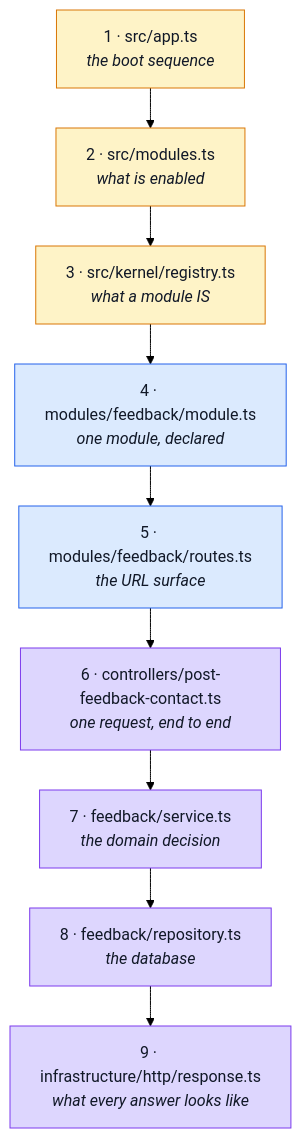
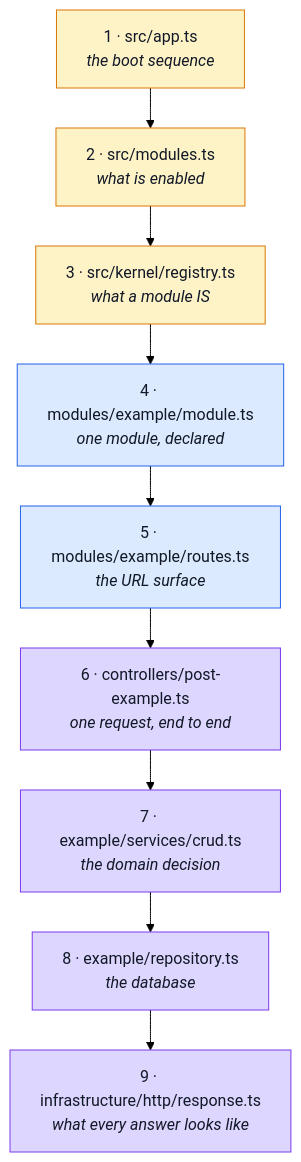
Before and after one commit to Guebbit/boilerplate-node-backend: the diagram in docs/theory/reading-path.md, drawn with Mermaid (forest theme). The commit also changed other lines of this file and 130 other files, not shown here.

````diff
--- a/docs/theory/reading-path.md
+++ b/docs/theory/reading-path.md
@@ -26,19 +26,19 @@
 ```mermaid
 %%{init: {'flowchart': {'nodeSpacing': 30, 'rankSpacing': 40}}}%%
 flowchart TD
     A["1 · src/app.ts<br/><i>the boot sequence</i>"] --> B["2 · src/modules.ts<br/><i>what is enabled</i>"]
     B --> C["3 · src/kernel/registry.ts<br/><i>what a module IS</i>"]
-    C --> D["4 · modules/feedback/module.ts<br/><i>one module, declared</i>"]
-    D --> E["5 · modules/feedback/routes.ts<br/><i>the URL surface</i>"]
-    E --> F["6 · controllers/post-feedback-contact.ts<br/><i>one request, end to end</i>"]
-    F --> G["7 · feedback/service.ts<br/><i>the domain decision</i>"]
-    G --> H["8 · feedback/repository.ts<br/><i>the database</i>"]
+    C --> D["4 · modules/example/module.ts<br/><i>one module, declared</i>"]
+    D --> E["5 · modules/example/routes.ts<br/><i>the URL surface</i>"]
+    E --> F["6 · controllers/post-example.ts<br/><i>one request, end to end</i>"]
+    F --> G["7 · example/services/crud.ts<br/><i>the domain decision</i>"]
+    G --> H["8 · example/repository.ts<br/><i>the database</i>"]
     H --> I["9 · infrastructure/http/response.ts<br/><i>what every answer looks like</i>"]
 
     classDef boot fill:#fef3c7,stroke:#d97706,color:#111827;
     classDef mod fill:#dbeafe,stroke:#2563eb,color:#111827;
     classDef req fill:#ddd6fe,stroke:#7c3aed,color:#111827;
     class A,B,C boot;
     class D,E mod;
     class F,G,H,I req;
 ```
````
